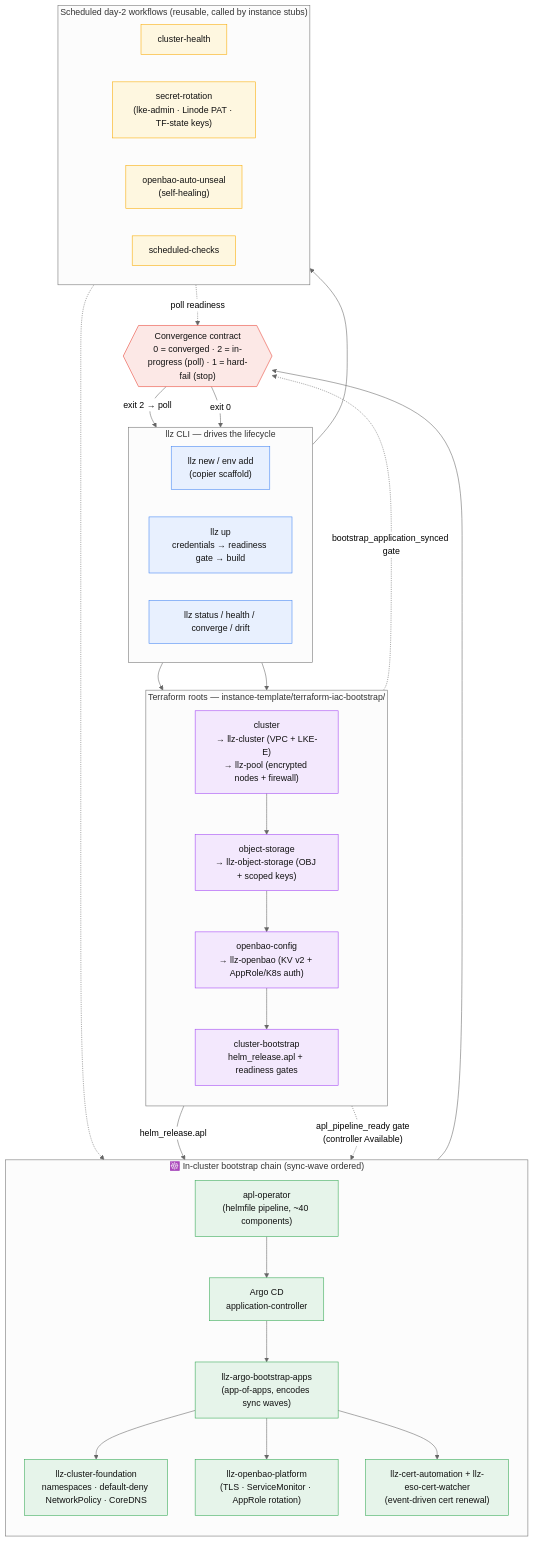
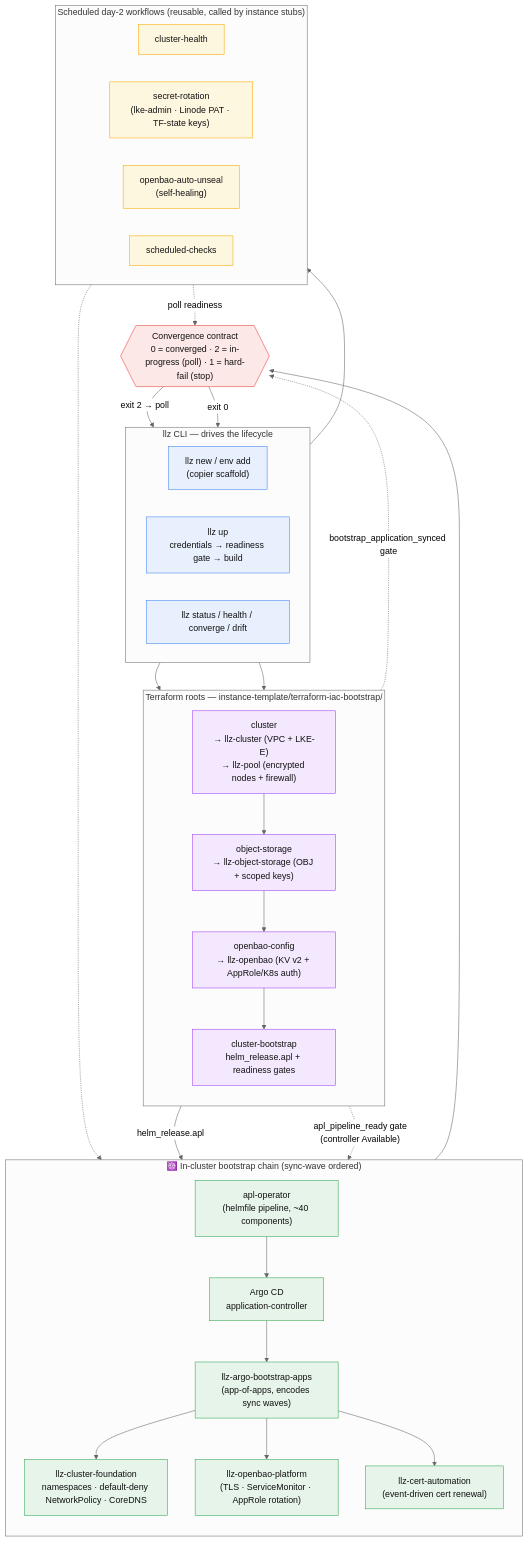
Before and after one commit to akamai-consulting/lke-landing-zone: the second of 2 diagrams in docs/architecture/overview.md, drawn with Mermaid (neutral theme). The commit also changed 28 other files, not shown here.

First line of the commit message:
refactor: retire eso-cert-watcher; ESO 0.10.7 recovers natively

````diff
--- a/docs/architecture/overview.md
+++ b/docs/architecture/overview.md
@@ -87,66 +87,66 @@
 ```mermaid
 flowchart TB
     subgraph DRIVE["llz CLI — drives the lifecycle"]
         direction LR
         NEW["llz new / env add<br/>(copier scaffold)"]
         UP["llz up<br/>credentials → readiness gate → build"]
         DAY2["llz status / health / converge / drift"]
     end
 
     subgraph TFROOTS["Terraform roots — instance-template/terraform-iac-bootstrap/"]
         direction TB
         R1["cluster<br/>→ llz-cluster (VPC + LKE-E)<br/>→ llz-pool (encrypted nodes + firewall)"]
         R2["object-storage<br/>→ llz-object-storage (OBJ + scoped keys)"]
         R3["openbao-config<br/>→ llz-openbao (KV v2 + AppRole/K8s auth)"]
         R4["cluster-bootstrap<br/>helm_release.apl + readiness gates"]
     end
 
     subgraph CLUSTER["☸️ In-cluster bootstrap chain (sync-wave ordered)"]
         direction TB
         APL["apl-operator<br/>(helmfile pipeline, ~40 components)"]
         ARGO["Argo CD<br/>application-controller"]
         AOA["llz-argo-bootstrap-apps<br/>(app-of-apps, encodes sync waves)"]
         FOUND["llz-cluster-foundation<br/>namespaces · default-deny NetworkPolicy · CoreDNS"]
         BAO["llz-openbao-platform<br/>(TLS · ServiceMonitor · AppRole rotation)"]
-        CERT["llz-cert-automation + llz-eso-cert-watcher<br/>(event-driven cert renewal)"]
+        CERT["llz-cert-automation<br/>(event-driven cert renewal)"]
     end
 
     GATE{{"Convergence contract<br/>0 = converged · 2 = in-progress (poll) · 1 = hard-fail (stop)"}}
 
     NEW --> R1
     UP --> R1 --> R2 --> R3 --> R4
     R4 -->|"helm_release.apl"| APL
     APL --> ARGO
     R4 -.->|"apl_pipeline_ready gate<br/>(controller Available)"| ARGO
     ARGO --> AOA
     AOA --> FOUND
     AOA --> BAO
     AOA --> CERT
     R4 -.->|"bootstrap_application_synced gate"| GATE
     AOA --> GATE
     GATE -->|"exit 2 → poll"| DAY2
     GATE -->|"exit 0"| DAY2
 
     subgraph SCHED["Scheduled day-2 workflows (reusable, called by instance stubs)"]
         direction LR
         H["cluster-health"]
         ROT["secret-rotation<br/>(lke-admin · Linode PAT · TF-state keys)"]
         UNSEAL["openbao-auto-unseal<br/>(self-healing)"]
         CHK["scheduled-checks"]
     end
 
     DAY2 --> SCHED
     SCHED -.->|"poll readiness"| GATE
     UNSEAL -.-> BAO
 
     classDef cli fill:#e8f0fe,stroke:#4285f4,color:#111;
     classDef tf fill:#f3e8fd,stroke:#a142f4,color:#111;
     classDef k8s fill:#e6f4ea,stroke:#34a853,color:#111;
     classDef gate fill:#fce8e6,stroke:#ea4335,color:#111;
     classDef sch fill:#fef7e0,stroke:#f9ab00,color:#111;
     class NEW,UP,DAY2 cli;
     class R1,R2,R3,R4 tf;
     class APL,ARGO,AOA,FOUND,BAO,CERT k8s;
     class GATE gate;
     class H,ROT,UNSEAL,CHK sch;
 ```
````
